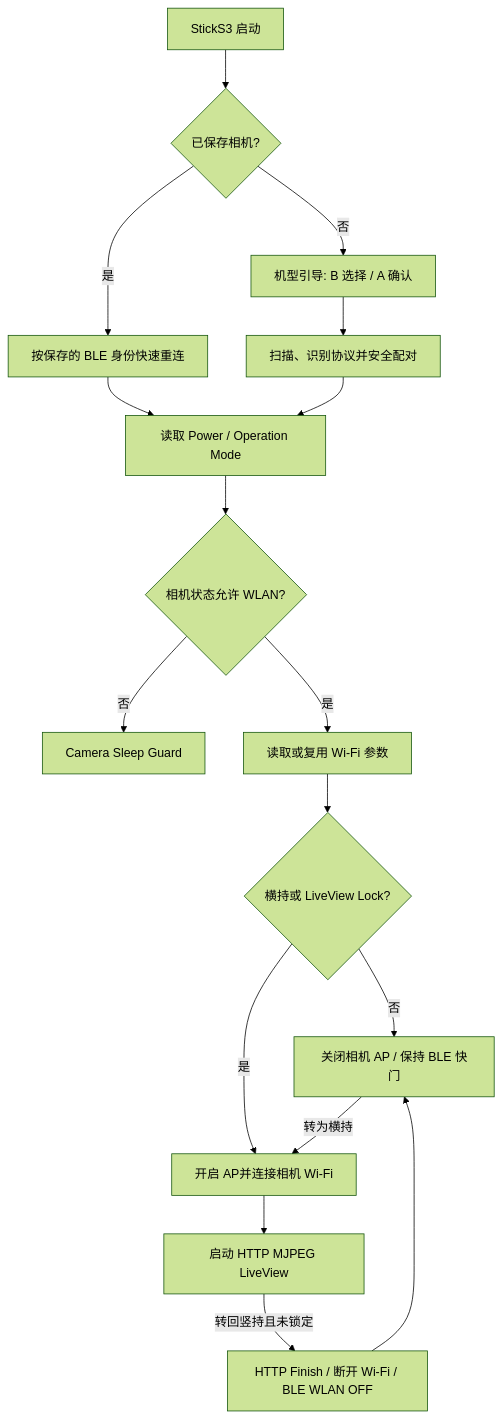
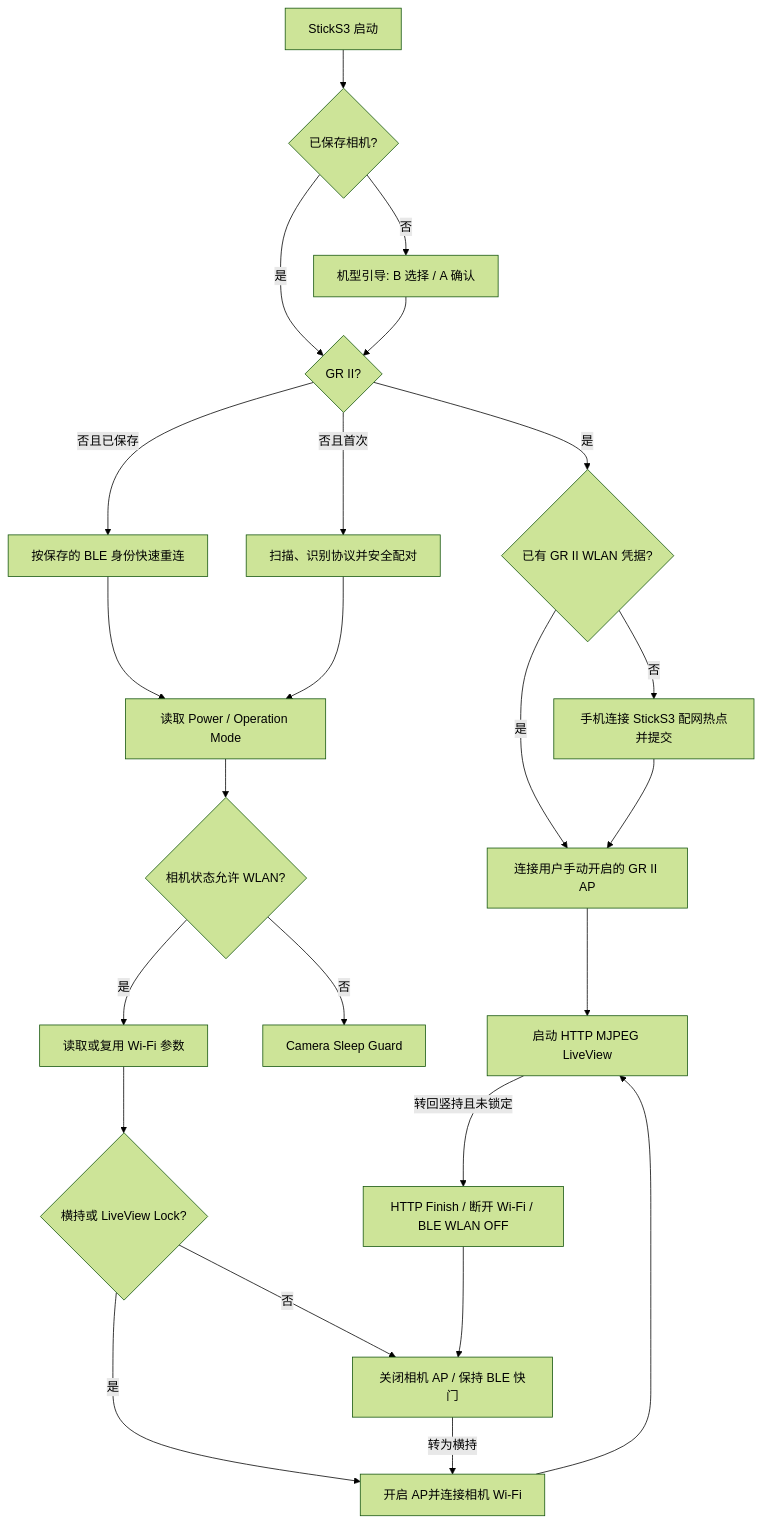
The diagram in README.md (sky18Dragon/RICOH-GR-Live-View-Shooting), drawn with Mermaid (forest theme) before and after one commit. The commit also changed other lines of this file and 27 other files, not shown here.

````diff
--- a/README.md
+++ b/README.md
@@ -164,19 +182,26 @@
 ```mermaid
 flowchart TD
     A[StickS3 启动] --> B{已保存相机?}
     B -->|否| C[机型引导: B 选择 / A 确认]
-    B -->|是| D[按保存的 BLE 身份快速重连]
-    C --> E[扫描、识别协议并安全配对]
+    B -->|是| Q{GR II?}
+    C --> Q
+    Q -->|是| P{已有 GR II WLAN 凭据?}
+    P -->|否| S[手机连接 StickS3 配网热点并提交]
+    P -->|是| R[连接用户手动开启的 GR II AP]
+    S --> R
+    Q -->|否且已保存| D[按保存的 BLE 身份快速重连]
+    Q -->|否且首次| E[扫描、识别协议并安全配对]
+    R --> M[启动 HTTP MJPEG LiveView]
     D --> F[读取 Power / Operation Mode]
     E --> F
     F --> G{相机状态允许 WLAN?}
     G -->|否| H[Camera Sleep Guard]
     G -->|是| I[读取或复用 Wi-Fi 参数]
     I --> J{横持或 LiveView Lock?}
     J -->|否| K[关闭相机 AP / 保持 BLE 快门]
     J -->|是| L[开启 AP并连接相机 Wi-Fi]
-    L --> M[启动 HTTP MJPEG LiveView]
+    L --> M
     M -->|转回竖持且未锁定| N[HTTP Finish / 断开 Wi-Fi / BLE WLAN OFF]
     N --> K
     K -->|转为横持| L
 ```
````
